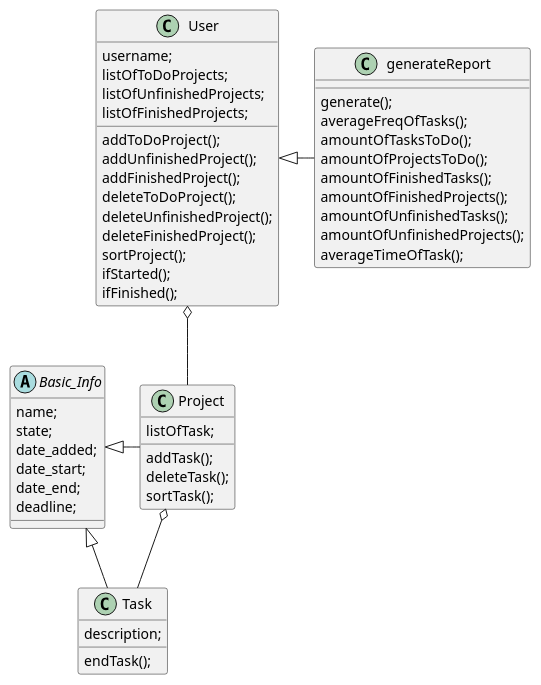
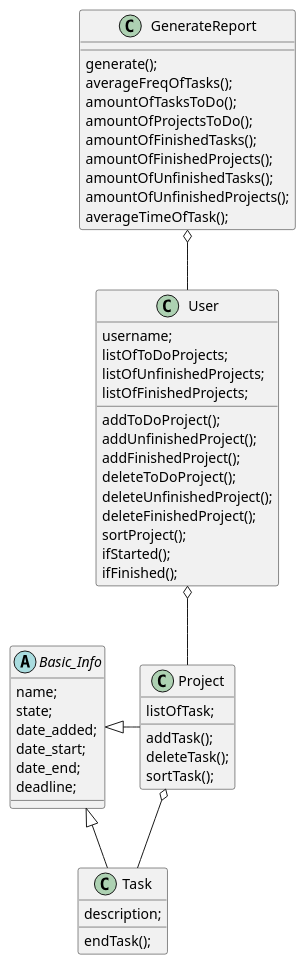
Before and after one commit to SoliGabiAnn/Task-manager: the diagram in Aplikacja_Do_Zarzadzania/Aplikacaj.puml, drawn with PlantUML. The commit also changed 4 other files, not shown here.

```diff
--- a/Aplikacja_Do_Zarzadzania/Aplikacaj.puml
+++ b/Aplikacja_Do_Zarzadzania/Aplikacaj.puml
@@ -1,65 +1,65 @@
 @startuml
 'https://plantuml.com/class-diagram
 
 class Basic_Info
 class Task
 class User
 class Project
 
 Project o-- Task
 User o-- Project
 Basic_Info <|- Task
 Basic_Info <|- Project
-User <|- generateReport
+ GenerateReport o-- User
 
 abstract class Basic_Info{
 name;
 state;
 date_added;
 date_start;
 date_end;
 deadline;
 }
 
 class Task{
 description;
 endTask();
 }
 
 class Project{
 listOfTask;
 
 addTask();
 deleteTask();
 sortTask();
 }
 
 class User{
 username;
 listOfToDoProjects;
 listOfUnfinishedProjects;
 listOfFinishedProjects;
 addToDoProject();
 addUnfinishedProject();
 addFinishedProject();
 deleteToDoProject();
 deleteUnfinishedProject();
 deleteFinishedProject();
 sortProject();
 ifStarted();
 ifFinished();
 }
 
-class generateReport{
+class GenerateReport{
 generate();
 averageFreqOfTasks();
 amountOfTasksToDo();
 amountOfProjectsToDo();
 amountOfFinishedTasks();
 amountOfFinishedProjects();
 amountOfUnfinishedTasks();
 amountOfUnfinishedProjects();
 averageTimeOfTask();
 
 }
 @enduml
```
